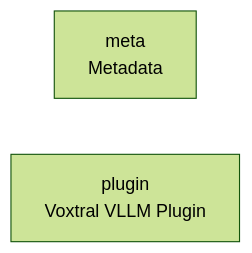
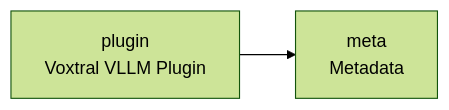
The diagram in README.md (cj-mills/cjm-transcription-plugin-voxtral-vllm), drawn with Mermaid (forest theme) before and after one commit. The commit also changed other lines of this file and 4 other files, not shown here.

````diff
--- a/README.md
+++ b/README.md
@@ -22,5 +22,7 @@
 ``` mermaid
 graph LR
     meta[meta<br/>Metadata]
     plugin[plugin<br/>Voxtral VLLM Plugin]
+
+    plugin --> meta
 ```
````
